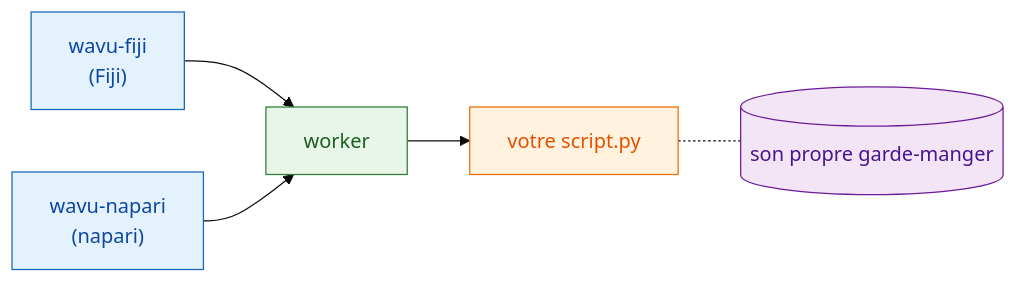
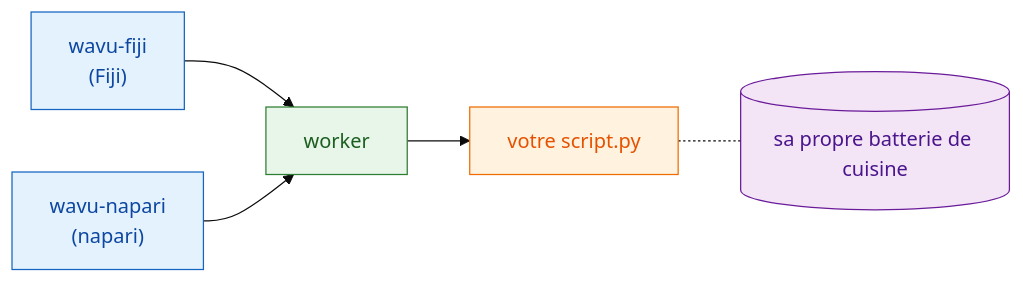
The diagram in guide/model/what-is-wavu.fr.md (Oxford-Zeiss-Centre-of-Excellence/Wavu), drawn with Mermaid (base theme) before and after one commit. The commit also changed other lines of this file and 221 other files, not shown here.

````diff
--- a/guide/model/what-is-wavu.fr.md
+++ b/guide/model/what-is-wavu.fr.md
@@ -41,17 +42,17 @@
 ```mermaid
 flowchart LR
     F["wavu-fiji<br/>(Fiji)"]:::fiji
     N["wavu-napari<br/>(napari)"]:::fiji
     W["worker"]:::worker
     S["votre script.py"]:::script
-    E[("son propre garde-manger")]:::env
+    E[("sa propre batterie de cuisine")]:::env
     F --> W
     N --> W
     W --> S
     S -.- E
 
     classDef fiji   fill:#e3f2fd,stroke:#1565c0,color:#0d47a1
     classDef worker fill:#e8f5e9,stroke:#2e7d32,color:#1b5e20
     classDef script fill:#fff3e0,stroke:#ef6c00,color:#e65100
     classDef env    fill:#f3e5f5,stroke:#6a1b9a,color:#4a148c
 ```
````
